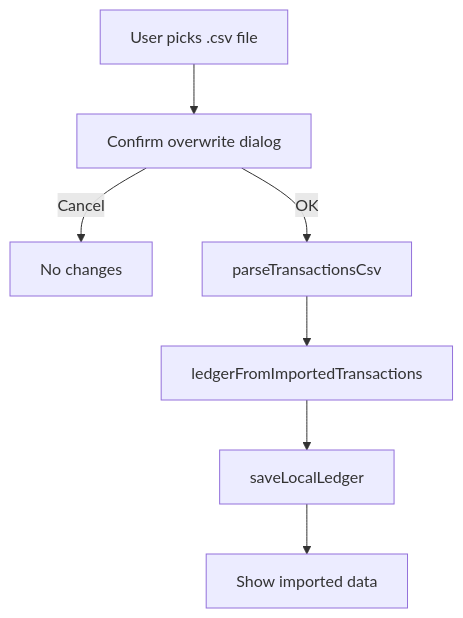
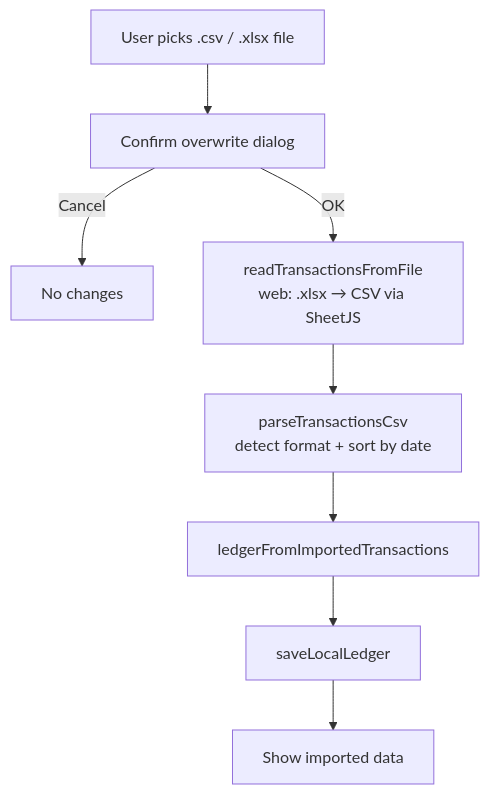
Before and after one commit to dushyant97/money-sheets: the sixth of 6 diagrams in README.md, drawn with Mermaid. The commit also changed other lines of this file and 14 other files, not shown here.

````diff
--- a/README.md
+++ b/README.md
@@ -434,9 +464,10 @@
 ```mermaid
 flowchart TD
-  Pick[User picks .csv file] --> Confirm[Confirm overwrite dialog]
+  Pick[User picks .csv / .xlsx file] --> Confirm[Confirm overwrite dialog]
   Confirm -->|Cancel| Stop[No changes]
-  Confirm -->|OK| Parse[parseTransactionsCsv]
+  Confirm -->|OK| Read[readTransactionsFromFile<br/>web: .xlsx → CSV via SheetJS]
+  Read --> Parse[parseTransactionsCsv<br/>detect format + sort by date]
   Parse --> Merge[ledgerFromImportedTransactions]
   Merge --> Save[saveLocalLedger]
   Save --> UI[Show imported data]
 ```
````
